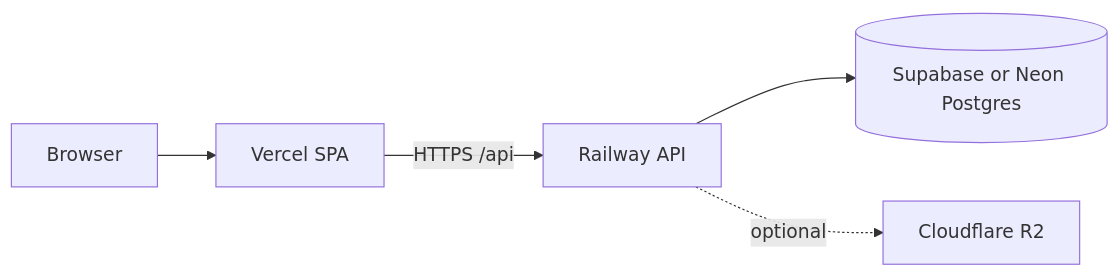
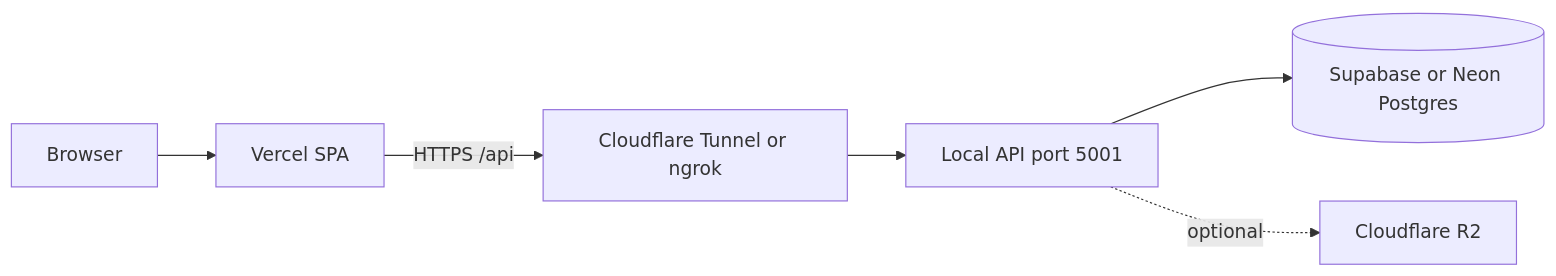
The second of 3 diagrams in README.md (calvinhosea015/web-based-attendance), drawn with Mermaid before and after one commit. The commit also changed other lines of this file and 16 other files, not shown here.

First line of the commit message:
Remove Railway hosting and deploy backend over SSH tunnel.

````diff
--- a/README.md
+++ b/README.md
@@ -415,7 +415,8 @@
 ```mermaid
 flowchart LR
   User[Browser] --> Vercel[Vercel SPA]
-  Vercel -->|HTTPS /api| Railway[Railway API]
-  Railway --> DB[(Supabase or Neon Postgres)]
-  Railway -.->|optional| R2[Cloudflare R2]
+  Vercel -->|HTTPS /api| Tunnel[Cloudflare Tunnel or ngrok]
+  Tunnel --> Local[Local API port 5001]
+  Local --> DB[(Supabase or Neon Postgres)]
+  Local -.->|optional| R2[Cloudflare R2]
 ```
````
